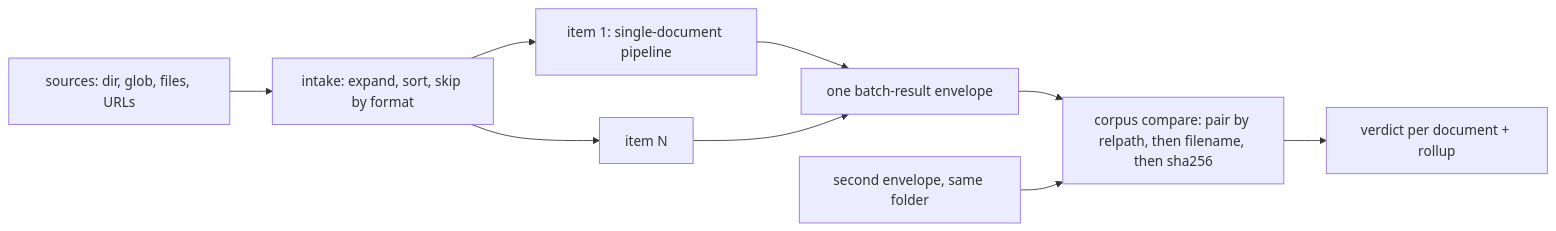
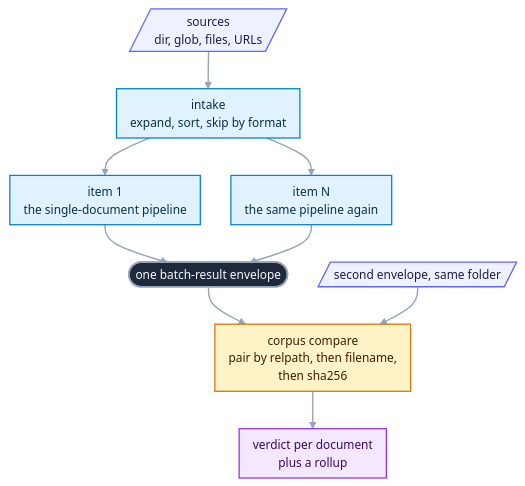
The diagram in src/openreading/batch/README.md (openreading-ai/openreading-core), drawn with Mermaid before and after one commit. The commit also changed 8 other files, not shown here.

````diff
--- a/src/openreading/batch/README.md
+++ b/src/openreading/batch/README.md
@@ -34,11 +34,21 @@
 ```mermaid
-flowchart LR
-  S["sources: dir, glob, files, URLs"] --> I["intake: expand, sort, skip by format"]
-  I --> R1["item 1: single-document pipeline"]
-  I --> R2["item N"]
-  R1 --> E["one batch-result envelope"]
+%%{init: {"theme":"base","themeVariables":{"fontFamily":"ui-sans-serif, system-ui, -apple-system, Segoe UI, Roboto, sans-serif","fontSize":"14px","lineColor":"#94a3b8","textColor":"#334155","primaryTextColor":"#0f172a","edgeLabelBackground":"#eef2f7","clusterBkg":"#f8fafc","clusterBorder":"#cbd5e1","titleColor":"#334155"},"flowchart":{"curve":"basis","nodeSpacing":36,"rankSpacing":44,"padding":8,"useMaxWidth":true}}}%%
+flowchart TD
+  S[/"sources<br>dir, glob, files, URLs"/]:::src --> I["intake<br>expand, sort, skip by format"]:::work
+  I --> R1["item 1<br>the single-document pipeline"]:::work
+  I --> R2["item N<br>the same pipeline again"]:::work
+  R1 --> E(["one batch-result envelope"]):::hero
   R2 --> E
-  E --> C["corpus compare: pair by relpath, then filename, then sha256"]
-  E2["second envelope, same folder"] --> C
-  C --> V["verdict per document + rollup"]
+  E --> C["corpus compare<br>pair by relpath, then filename,<br>then sha256"]:::gate
+  E2[/"second envelope, same folder"/]:::src --> C
+  C --> V["verdict per document<br>plus a rollup"]:::out
+  classDef src fill:#eef2ff,stroke:#6366f1,stroke-width:1.5px,color:#1e1b4b;
+  classDef work fill:#e0f2fe,stroke:#0284c7,stroke-width:1.5px,color:#082f49;
+  classDef gate fill:#fef3c7,stroke:#d97706,stroke-width:1.5px,color:#451a03;
+  classDef good fill:#dcfce7,stroke:#16a34a,stroke-width:1.5px,color:#052e16;
+  classDef bad fill:#fee2e2,stroke:#dc2626,stroke-width:1.5px,color:#450a0a;
+  classDef store fill:#ccfbf1,stroke:#0d9488,stroke-width:1.5px,color:#042f2e;
+  classDef out fill:#f3e8ff,stroke:#9333ea,stroke-width:1.5px,color:#3b0764;
+  classDef hero fill:#1e293b,stroke:#94a3b8,stroke-width:2px,color:#f8fafc;
+  linkStyle default stroke-width:1.6px;
 ```
````
